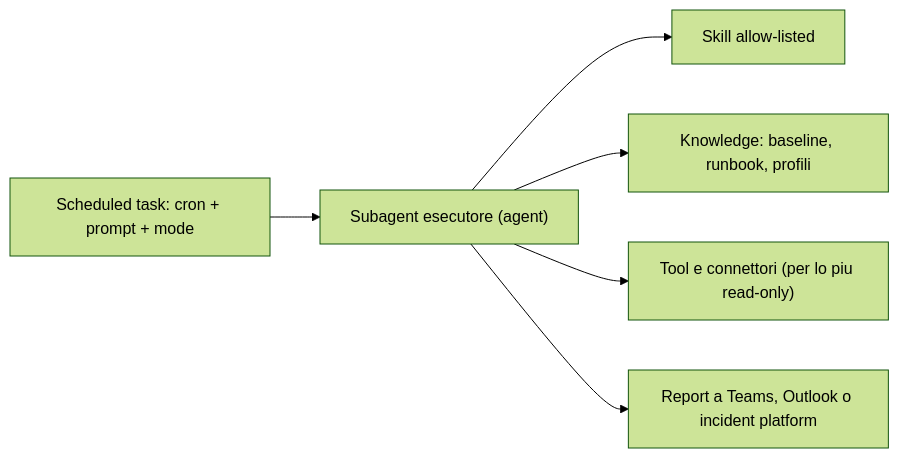
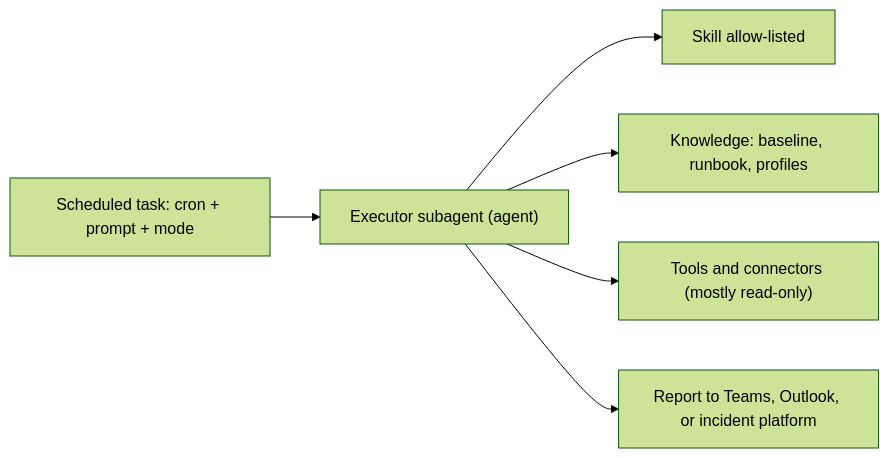
One commit to microsoft/frontier-sre-agent-rvas changed the second of 5 diagrams in Coach/Solutions/docs/azure-sre-agent/sre-agent-guidelines-best-practices-use-cases-how-to.md. Above: the diagram before and after it, drawn with Mermaid (forest theme). The commit also changed other lines of this file and 2 other files, not shown here.

````diff
--- a/Coach/Solutions/docs/azure-sre-agent/sre-agent-guidelines-best-practices-use-cases-how-to.md
+++ b/Coach/Solutions/docs/azure-sre-agent/sre-agent-guidelines-best-practices-use-cases-how-to.md
@@ -786,8 +786,8 @@
 ```mermaid
 flowchart LR
-  CRON["Scheduled task: cron + prompt + mode"] --> SA["Subagent esecutore (agent)"]
+  CRON["Scheduled task: cron + prompt + mode"] --> SA["Executor subagent (agent)"]
   SA --> SK["Skill allow-listed"]
-  SA --> KB["Knowledge: baseline, runbook, profili"]
-  SA --> TL["Tool e connettori (per lo piu read-only)"]
-  SA --> OUT["Report a Teams, Outlook o incident platform"]
+  SA --> KB["Knowledge: baseline, runbook, profiles"]
+  SA --> TL["Tools and connectors (mostly read-only)"]
+  SA --> OUT["Report to Teams, Outlook, or incident platform"]
 ```
````
